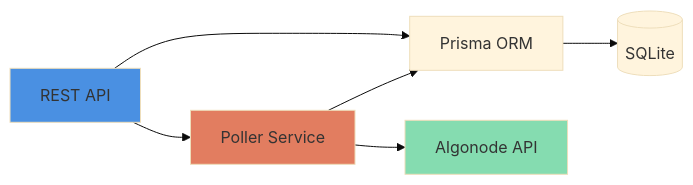
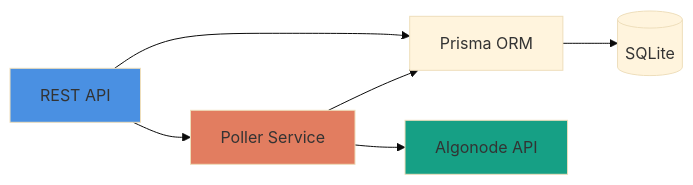
Before and after one commit to imagobea/algo-watcher: the first of 2 diagrams in README.md, drawn with Mermaid (base theme). The commit also changed other lines of this file, not shown here.

````diff
--- a/README.md
+++ b/README.md
@@ -9,12 +9,12 @@
 ```mermaid
 graph LR
     A[REST API] --> B[Prisma ORM]
     B --> C[(SQLite)]
     A --> D[Poller Service]
     D --> E[Algonode API]
     D --> B
     
     style A fill:#4a90e2
     style D fill:#e27d60
-    style E fill:#85dcb0
+    style E fill:#16a085
 ```
````
